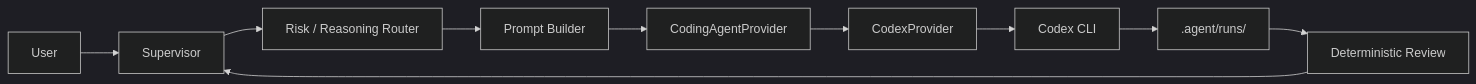
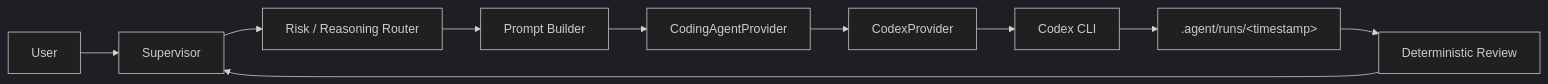
The diagram in README.md (egeyasar0/auto-dev-orchestrator), drawn with Mermaid (dark theme) before and after one commit. The commit also changed other lines of this file and 1 other file, not shown here.

````diff
--- a/README.md
+++ b/README.md
@@ -41,12 +47,12 @@
 ```mermaid
 flowchart LR
-  User[User] --> Supervisor[Supervisor]
-  Supervisor --> Router[Risk / Reasoning Router]
-  Router --> Prompt[Prompt Builder]
-  Prompt --> Provider[CodingAgentProvider]
-  Provider --> Codex[CodexProvider]
-  Codex --> CLI[Codex CLI]
-  CLI --> Artifacts[.agent/runs/<timestamp>]
-  Artifacts --> Review[Deterministic Review]
+  User["User"] --> Supervisor["Supervisor"]
+  Supervisor --> Router["Risk / Reasoning Router"]
+  Router --> Prompt["Prompt Builder"]
+  Prompt --> Provider["CodingAgentProvider"]
+  Provider --> Codex["CodexProvider"]
+  Codex --> CLI["Codex CLI"]
+  CLI --> Artifacts[".agent/runs/&lt;timestamp&gt;"]
+  Artifacts --> Review["Deterministic Review"]
   Review --> Supervisor
 ```
````
